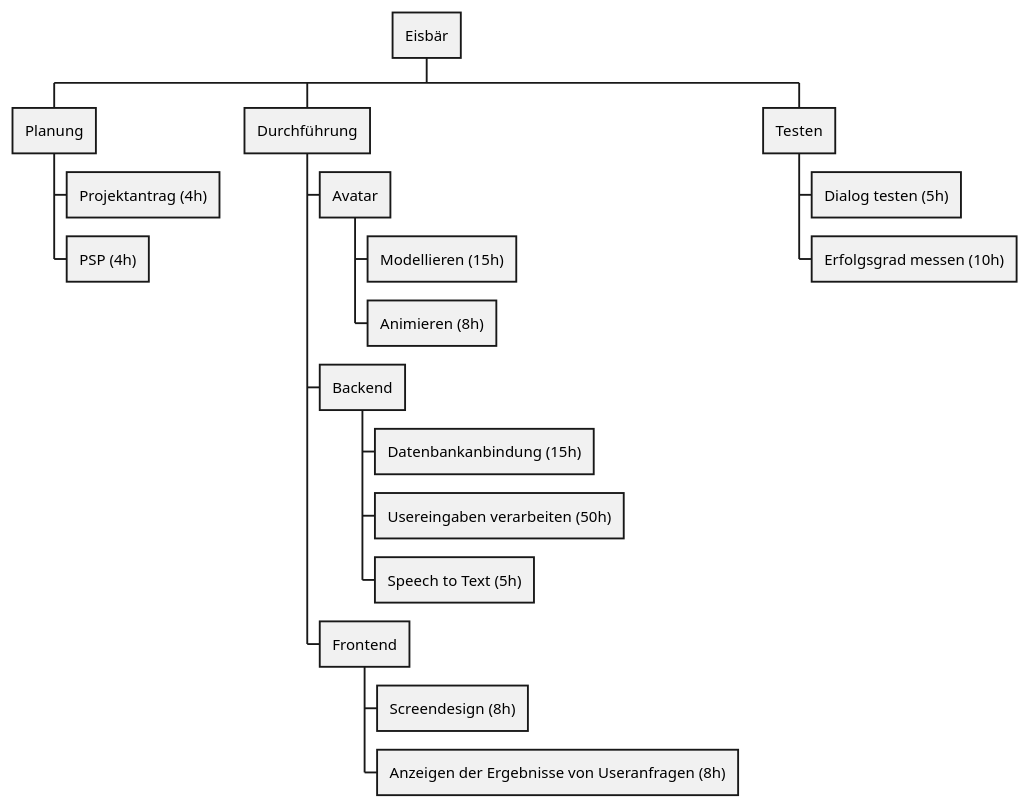
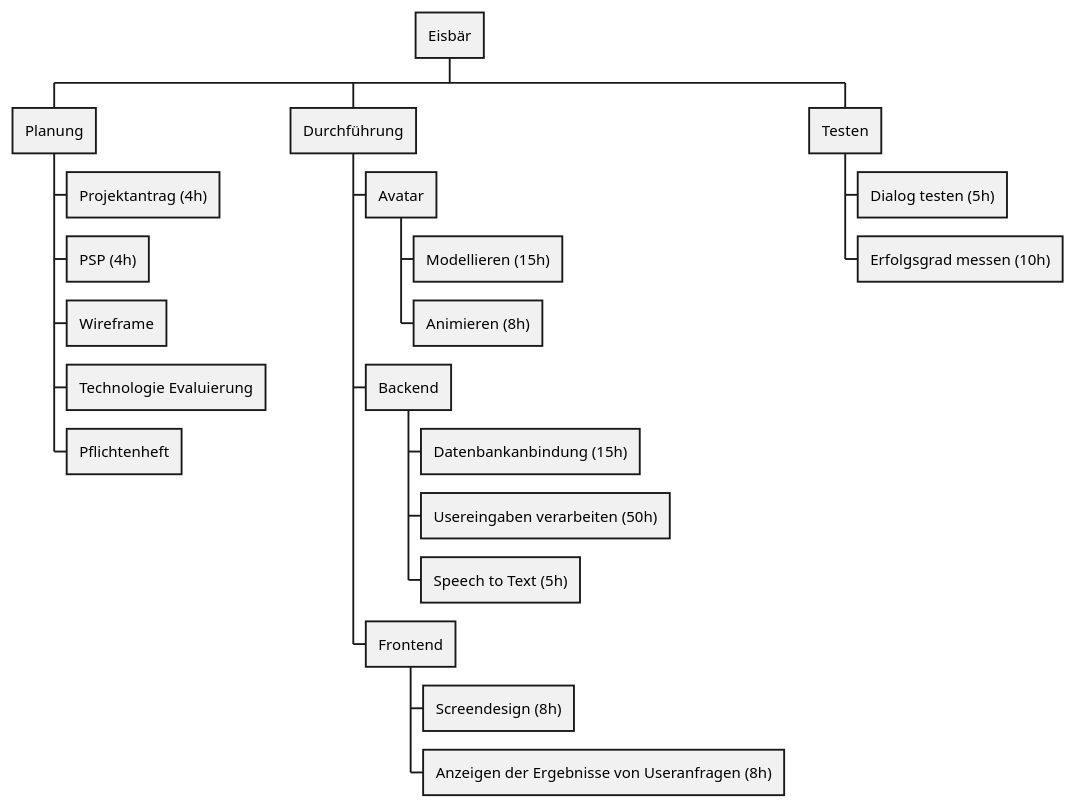
The diagram in documents/psp.puml (2425-4bhitm-itp/eisbaer), drawn with PlantUML before and after one commit.

Commit message:
added wireframe, pflichtenheft, technologie evaluierung to psp

```diff
--- a/documents/psp.puml
+++ b/documents/psp.puml
@@ -1,20 +1,23 @@
 @startwbs
 * Eisbär
 ** Planung
 *** Projektantrag (4h)
 *** PSP (4h)
+*** Wireframe
+*** Technologie Evaluierung
+*** Pflichtenheft
 ** Durchführung
 *** Avatar
 **** Modellieren (15h)
 **** Animieren (8h)
 *** Backend
 **** Datenbankanbindung (15h)
 **** Usereingaben verarbeiten (50h)
 **** Speech to Text (5h)
 *** Frontend
 **** Screendesign (8h)
 **** Anzeigen der Ergebnisse von Useranfragen (8h)
 ** Testen
 *** Dialog testen (5h)
 *** Erfolgsgrad messen (10h)
 @endwbs
```
